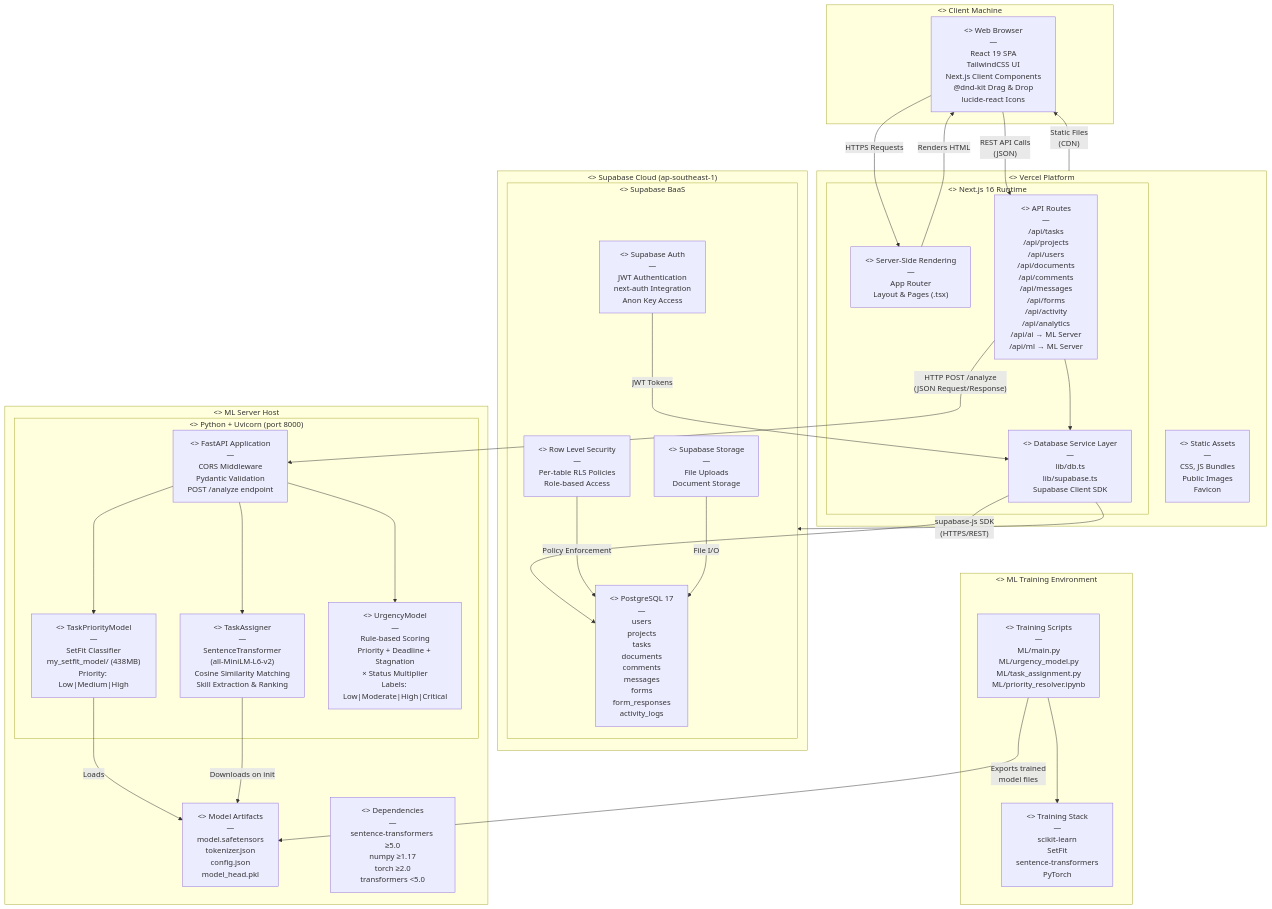
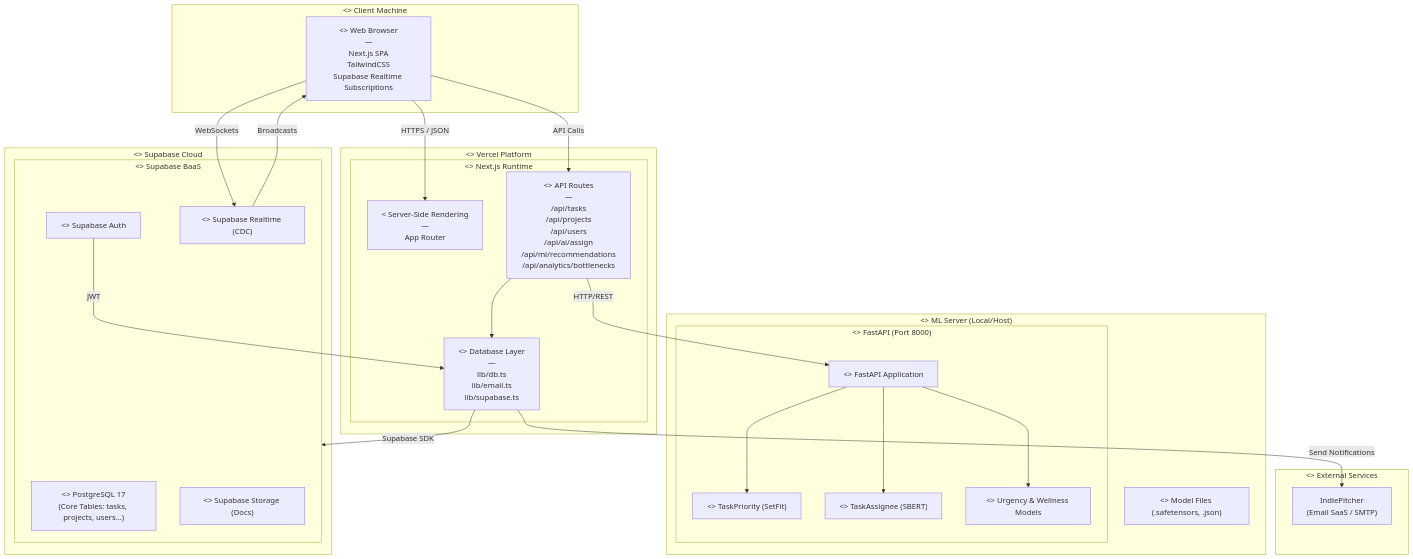
The diagram in diagrams/13-deployment-diagram.mmd (AndrewJerryV/TaskFlow-Mini_Project), drawn with Mermaid before and after one commit. The commit also changed 22 other files, not shown here.

Commit message:
feat: Implement core application pages for team, projects, and settings, along with essential UI components and comprehensive design diagrams.

```diff
--- a/diagrams/13-deployment-diagram.mmd
+++ b/diagrams/13-deployment-diagram.mmd
@@ -1,60 +1,51 @@
 graph TB
     subgraph ClientLayer["<<device>> Client Machine"]
-        Browser["<<executionEnvironment>> Web Browser\n—\nReact 19 SPA\nTailwindCSS UI\nNext.js Client Components\n@dnd-kit Drag & Drop\nlucide-react Icons"]
+        Browser["<<executionEnvironment>> Web Browser\n—\nNext.js SPA\nTailwindCSS\nSupabase Realtime Subscriptions"]
     end
 
     subgraph VercelCloud["<<cloud>> Vercel Platform"]
-        subgraph NextServer["<<executionEnvironment>> Next.js 16 Runtime"]
-            SSR["<<component>> Server-Side Rendering\n—\nApp Router\nLayout & Pages (.tsx)"]
-            APIRoutes["<<component>> API Routes\n—\n/api/tasks\n/api/projects\n/api/users\n/api/documents\n/api/comments\n/api/messages\n/api/forms\n/api/activity\n/api/analytics\n/api/ai → ML Server\n/api/ml → ML Server"]
-            DBLayer["<<component>> Database Service Layer\n—\nlib/db.ts\nlib/supabase.ts\nSupabase Client SDK"]
-        end
-        StaticAssets["<<artifact>> Static Assets\n—\nCSS, JS Bundles\nPublic Images\nFavicon"]
-    end
-
-    subgraph MLServerNode["<<device>> ML Server Host"]
-        subgraph PythonRuntime["<<executionEnvironment>> Python + Uvicorn (port 8000)"]
-            FastAPIApp["<<component>> FastAPI Application\n—\nCORS Middleware\nPydantic Validation\nPOST /analyze endpoint"]
-            PriorityModel["<<component>> TaskPriorityModel\n—\nSetFit Classifier\nmy_setfit_model/ (438MB)\nPriority: Low|Medium|High"]
-            AssignerModel["<<component>> TaskAssigner\n—\nSentenceTransformer\n(all-MiniLM-L6-v2)\nCosine Similarity Matching\nSkill Extraction & Ranking"]
-            UrgencyModel["<<component>> UrgencyModel\n—\nRule-based Scoring\nPriority + Deadline + Stagnation\n× Status Multiplier\nLabels: Low|Moderate|High|Critical"]
-        end
-        ModelArtifacts["<<artifact>> Model Artifacts\n—\nmodel.safetensors\ntokenizer.json\nconfig.json\nmodel_head.pkl"]
-        MLDeps["<<artifact>> Dependencies\n—\nsentence-transformers ≥5.0\nnumpy ≥1.17\ntorch ≥2.0\ntransformers <5.0"]
-    end
-
-    subgraph SupabaseCloud["<<cloud>> Supabase Cloud (ap-southeast-1)"]
-        subgraph SupabaseServices["<<executionEnvironment>> Supabase BaaS"]
-            PostgreSQL["<<database>> PostgreSQL 17\n—\nusers\nprojects\ntasks\ndocuments\ncomments\nmessages\nforms\nform_responses\nactivity_logs"]
-            Auth["<<component>> Supabase Auth\n—\nJWT Authentication\nnext-auth Integration\nAnon Key Access"]
-            Storage["<<component>> Supabase Storage\n—\nFile Uploads\nDocument Storage"]
-            RLS["<<component>> Row Level Security\n—\nPer-table RLS Policies\nRole-based Access"]
+        subgraph NextServer["<<executionEnvironment>> Next.js Runtime"]
+            SSR["<<component> Server-Side Rendering\n—\nApp Router"]
+            APIRoutes["<<component>> API Routes\n—\n/api/tasks\n/api/projects\n/api/users\n/api/ai/assign\n/api/ml/recommendations\n/api/analytics/bottlenecks"]
+            DBLayer["<<component>> Database Layer\n—\nlib/db.ts\nlib/email.ts\nlib/supabase.ts"]
         end
     end
 
-    subgraph MLTraining["<<device>> ML Training Environment"]
-        TrainingScripts["<<component>> Training Scripts\n—\nML/main.py\nML/urgency_model.py\nML/task_assignment.py\nML/priority_resolver.ipynb"]
-        TrainingDeps["<<artifact>> Training Stack\n—\nscikit-learn\nSetFit\nsentence-transformers\nPyTorch"]
+    subgraph ExternalSaaS["<<cloud>> External Services"]
+        IndiePitcher["IndiePitcher\n(Email SaaS / SMTP)"]
     end
 
-    Browser -- "HTTPS Requests" --> SSR
-    Browser -- "REST API Calls\n(JSON)" --> APIRoutes
-    SSR -- "Renders HTML" --> Browser
-    VercelCloud -- "Static Files\n(CDN)" --> Browser
+    subgraph MLServerNode["<<device>> ML Server (Local/Host)"]
+        subgraph PythonRuntime["<<executionEnvironment>> FastAPI (Port 8000)"]
+            FastAPIApp["<<component>> FastAPI Application"]
+            PriorityModel["<<component>> TaskPriority (SetFit)"]
+            AssignerModel["<<component>> TaskAssignee (SBERT)"]
+            UrgencyWellness["<<component>> Urgency & Wellness Models"]
+        end
+        ModelArtifacts["<<artifact>> Model Files (.safetensors, .json)"]
+    end
 
+    subgraph SupabaseCloud["<<cloud>> Supabase Cloud"]
+        subgraph SupabaseServices["<<executionEnvironment>> Supabase BaaS"]
+            PostgreSQL["<<database>> PostgreSQL 17\n(Core Tables: tasks, projects, users...)"]
+            Auth["<<component>> Supabase Auth"]
+            Realtime["<<component>> Supabase Realtime (CDC)"]
+            Storage["<<component>> Supabase Storage (Docs)"]
+        end
+    end
+
+    Browser -- "HTTPS / JSON" --> SSR
+    Browser -- "API Calls" --> APIRoutes
+    Browser -- "WebSockets" --> Realtime
+    
     APIRoutes --> DBLayer
-    APIRoutes -- "HTTP POST /analyze\n(JSON Request/Response)" --> FastAPIApp
+    APIRoutes -- "HTTP/REST" --> FastAPIApp
+    DBLayer -- "Send Notifications" --> IndiePitcher
+    
     FastAPIApp --> PriorityModel
     FastAPIApp --> AssignerModel
-    FastAPIApp --> UrgencyModel
-    PriorityModel -- "Loads" --> ModelArtifacts
-    AssignerModel -- "Downloads on init" --> ModelArtifacts
-
-    DBLayer -- "supabase-js SDK\n(HTTPS/REST)" --> SupabaseServices
-    DBLayer --> PostgreSQL
-    Auth -- "JWT Tokens" --> DBLayer
-    RLS -- "Policy Enforcement" --> PostgreSQL
-    Storage -- "File I/O" --> PostgreSQL
-
-    TrainingScripts -- "Exports trained\nmodel files" --> ModelArtifacts
-    TrainingScripts --> TrainingDeps
+    FastAPIApp --> UrgencyWellness
+    
+    DBLayer -- "Supabase SDK" --> SupabaseServices
+    Auth -- "JWT" --> DBLayer
+    Realtime -- "Broadcasts" --> Browser
```
